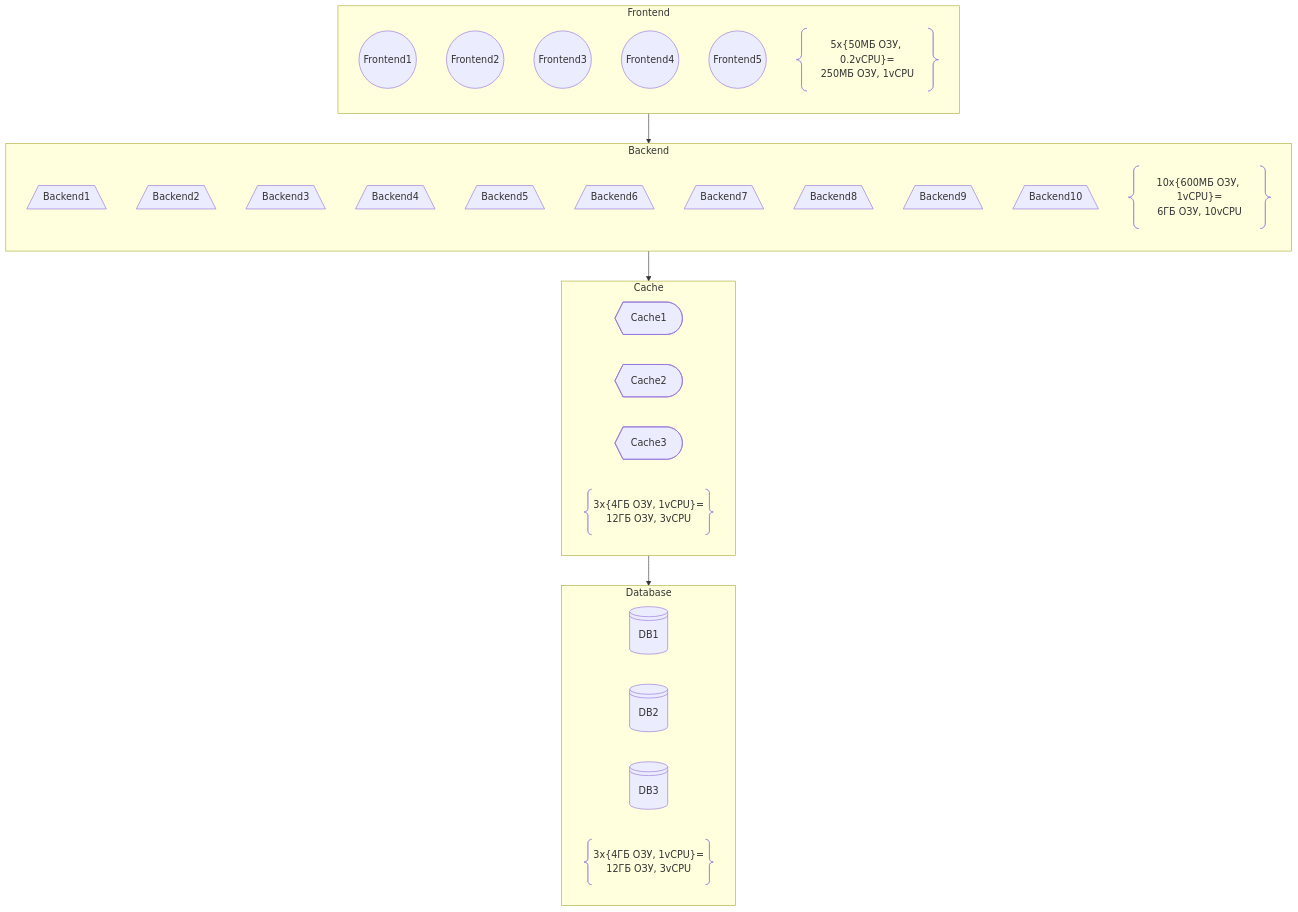
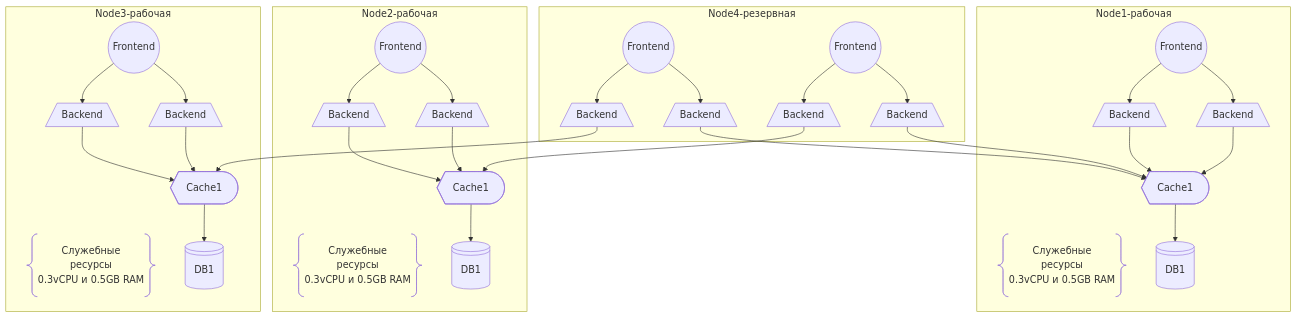
The diagram in 7-kubernetes/task8-components/readme.md (aykuli/learn-and-do-what-you-learn), drawn with Mermaid before and after one commit.

````diff
--- a/7-kubernetes/task8-components/readme.md
+++ b/7-kubernetes/task8-components/readme.md
@@ -17,46 +17,68 @@
 ```mermaid
-flowchart TD
-    subgraph Database
-    DB1@{ shape: lin-cyl, label: "DB1" }
-    DB2@{ shape: lin-cyl, label: "DB2" }
-    DB3@{ shape: lin-cyl, label: "DB3" }
-    compDB@{ shape: braces, label: "3x{4ГБ ОЗУ, 1vCPU}=\n 12ГБ ОЗУ, 3vCPU" }
+flowchart TD  
+    subgraph Node1 [Node1-рабочая]
+      resources1@{ shape: braces, label: "Cлужебные\nресурсы\n 0.3vCPU и 0.5GB RAM" }
+      
+      DB1@{ shape: lin-cyl, label: "DB1" }
+      cache1@{ shape: curv-trap, label: "Cache1" }
+      back1@{ shape: trap-b, label: "Backend" }
+      back2@{ shape: trap-b, label: "Backend" }
+      front1@{ shape: circle, label: "Frontend" }
+
+      front1 -->back1
+      front1 -->back2
+      back1 --> cache1
+      back2 --> cache1
+      cache1 --> DB1
     end
 
-    subgraph Cache
-    cache1@{ shape: curv-trap, label: "Cache1" }
-    cache2@{ shape: curv-trap, label: "Cache2" }
-    cache3@{ shape: curv-trap, label: "Cache3" }
-    compCache@{ shape: braces, label: "3x{4ГБ ОЗУ, 1vCPU}=\n 12ГБ ОЗУ, 3vCPU" }
-    end
-    
-    subgraph Backend
-    direction BT
-    back1@{ shape: trap-b, label: "Backend1" }
-    back2@{ shape: trap-b, label: "Backend2" }
-    back3@{ shape: trap-b, label: "Backend3" }
-    back4@{ shape: trap-b, label: "Backend4" }
-    back5@{ shape: trap-b, label: "Backend5" }
-    back6@{ shape: trap-b, label: "Backend6" }
-    back7@{ shape: trap-b, label: "Backend7" }
-    back8@{ shape: trap-b, label: "Backend8" }
-    back9@{ shape: trap-b, label: "Backend9" }
-    back10@{ shape: trap-b, label: "Backend10" }
-    compBack@{ shape: braces, label: "10x{600MБ ОЗУ, 1vCPU}=\n 6ГБ ОЗУ, 10vCPU" }
+    subgraph Node2 [Node2-рабочая]
+      resources2@{ shape: braces, label: "Cлужебные\nресурсы\n 0.3vCPU и 0.5GB RAM" }
+      
+      DB2@{ shape: lin-cyl, label: "DB1" }
+      cache2@{ shape: curv-trap, label: "Cache1" }
+      back3@{ shape: trap-b, label: "Backend" }
+      back4@{ shape: trap-b, label: "Backend" }
+      front2@{ shape: circle, label: "Frontend" }
+
+      front2 -->back3
+      front2 -->back4
+      back3 --> cache2
+      back4 --> cache2
+      cache2 --> DB2
     end
 
-    subgraph Frontend
-    direction BT
+    subgraph Node3 [Node3-рабочая]
+      resources3@{ shape: braces, label: "Cлужебные\nресурсы\n 0.3vCPU и 0.5GB RAM" }
+      
+      DB3@{ shape: lin-cyl, label: "DB1" }
+      cache3@{ shape: curv-trap, label: "Cache1" }
+      back5@{ shape: trap-b, label: "Backend" }
+      back6@{ shape: trap-b, label: "Backend" }
+      front3@{ shape: circle, label: "Frontend" }
 
-    front1@{ shape: circle, label: "Frontend1" }
-    front2@{ shape: circle, label: "Frontend2" }
-    front3@{ shape: circle, label: "Frontend3" }
-    front4@{ shape: circle, label: "Frontend4" }
-    front5@{ shape: circle, label: "Frontend5" }
-    compFront@{ shape: braces, label: "5x{50MБ ОЗУ, 0.2vCPU}=\n 250MБ ОЗУ, 1vCPU" }
+      front3 -->back5
+      front3 -->back6
+      back5 --> cache3
+      back6 --> cache3
+      cache3 --> DB3
     end
 
-    Frontend --> Backend
-    Backend --> Cache
-    Cache --> Database
+    subgraph Node4 [Node4-резервная]
+      back7@{ shape: trap-b, label: "Backend" }
+      back8@{ shape: trap-b, label: "Backend" }
+      back9@{ shape: trap-b, label: "Backend" }
+      back10@{ shape: trap-b, label: "Backend" }
+      front4@{ shape: circle, label: "Frontend" }
+      front5@{ shape: circle, label: "Frontend" }
+
+      front4 -->back7
+      front5 -->back8
+      front4 -->back9
+      front5 -->back10
+      back7 --> cache1
+      back8 --> cache1
+      back9 --> cache3
+      back10 --> cache2
+    end
 ```
````
